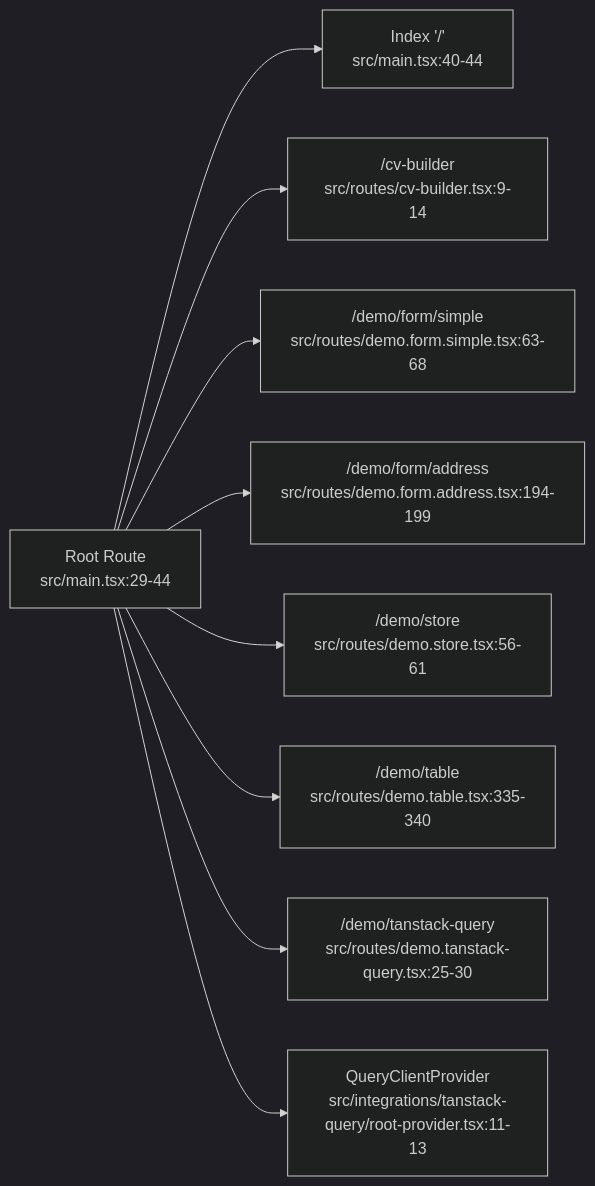
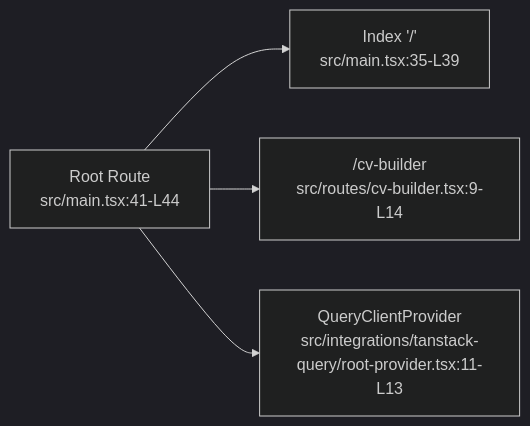
The fifth of 5 diagrams in .qoder/repowiki/en/content/Developer Tools & Examples/Demo Routes & Navigation.md (DoVuDung/cv-portfolio-builder), drawn with Mermaid (dark theme) before and after one commit. The commit also changed other lines of this file and 8 other files, not shown here.

````diff
--- a/.qoder/repowiki/en/content/Developer Tools & Examples/Demo Routes & Navigation.md
+++ b/.qoder/repowiki/en/content/Developer Tools & Examples/Demo Routes & Navigation.md
@@ -323,11 +169,6 @@
 ```mermaid
 graph LR
-Root["Root Route<br/>src/main.tsx:29-44"] --> Index["Index '/'<br/>src/main.tsx:40-44"]
-Root --> CV["/cv-builder<br/>src/routes/cv-builder.tsx:9-14"]
-Root --> Form1["/demo/form/simple<br/>src/routes/demo.form.simple.tsx:63-68"]
-Root --> Form2["/demo/form/address<br/>src/routes/demo.form.address.tsx:194-199"]
-Root --> Store["/demo/store<br/>src/routes/demo.store.tsx:56-61"]
-Root --> Table["/demo/table<br/>src/routes/demo.table.tsx:335-340"]
-Root --> Query["/demo/tanstack-query<br/>src/routes/demo.tanstack-query.tsx:25-30"]
-Root --> ProvQ["QueryClientProvider<br/>src/integrations/tanstack-query/root-provider.tsx:11-13"]
+Root["Root Route<br/>src/main.tsx:41-L44"] --> Index["Index '/'<br/>src/main.tsx:35-L39"]
+Root --> CV["/cv-builder<br/>src/routes/cv-builder.tsx:9-L14"]
+Root --> ProvQ["QueryClientProvider<br/>src/integrations/tanstack-query/root-provider.tsx:11-L13"]
 ```
````
